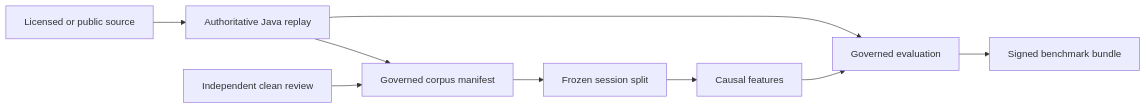
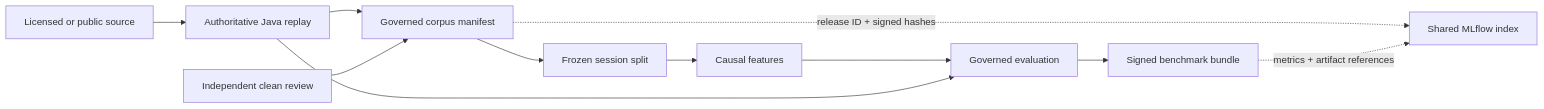
The diagram in docs/architecture/ARD-0025-governed-corpus-and-ml-benchmark.md (khab40/lob-arena), drawn with Mermaid before and after one commit. The commit also changed other lines of this file and 28 other files, not shown here.

Commit message:
Add shared MLflow tracking and architecture docs

````diff
--- a/docs/architecture/ARD-0025-governed-corpus-and-ml-benchmark.md
+++ b/docs/architecture/ARD-0025-governed-corpus-and-ml-benchmark.md
@@ -46,20 +46,23 @@
 ```mermaid
 graph LR
     Source["Licensed or public source"]
     Java["Authoritative Java replay"]
     Corpus["Governed corpus manifest"]
     Review["Independent clean review"]
     Split["Frozen session split"]
     Features["Causal features"]
     Evaluation["Governed evaluation"]
     Release["Signed benchmark bundle"]
+    MLflow["Shared MLflow index"]
 
     Source --> Java
     Java --> Corpus
     Review --> Corpus
     Corpus --> Split
     Split --> Features
     Features --> Evaluation
     Java --> Evaluation
     Evaluation --> Release
+    Corpus -. "release ID + signed hashes" .-> MLflow
+    Release -. "metrics + artifact references" .-> MLflow
 ```
````
